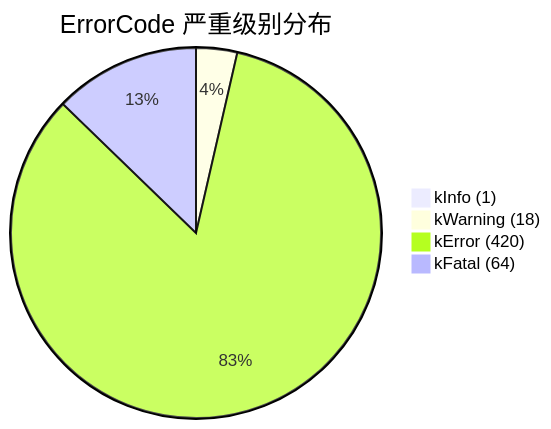
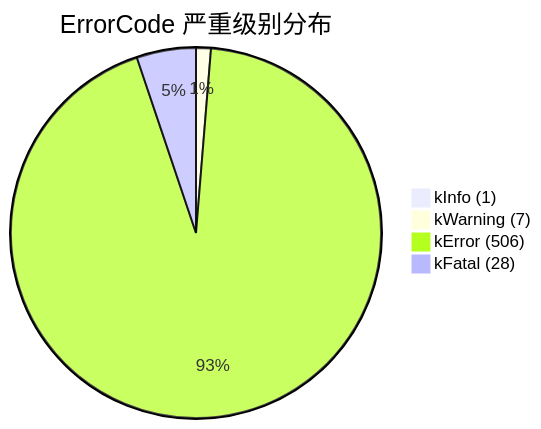
Before and after one commit to HyacinthHaru/openppp2: the third of 8 diagrams in docs/DIAGNOSTICS_ERROR_SYSTEM_CN.md, drawn with Mermaid. The commit also changed other lines of this file and 85 other files, not shown here.

````diff
--- a/docs/DIAGNOSTICS_ERROR_SYSTEM_CN.md
+++ b/docs/DIAGNOSTICS_ERROR_SYSTEM_CN.md
@@ -211,7 +208,7 @@
 ```mermaid
 pie title ErrorCode 严重级别分布
     "kInfo (1)" : 1
-    "kWarning (18)" : 18
-    "kError (420)" : 420
-    "kFatal (64)" : 64
+    "kWarning (7)" : 7
+    "kError (506)" : 506
+    "kFatal (28)" : 28
 ```
````
